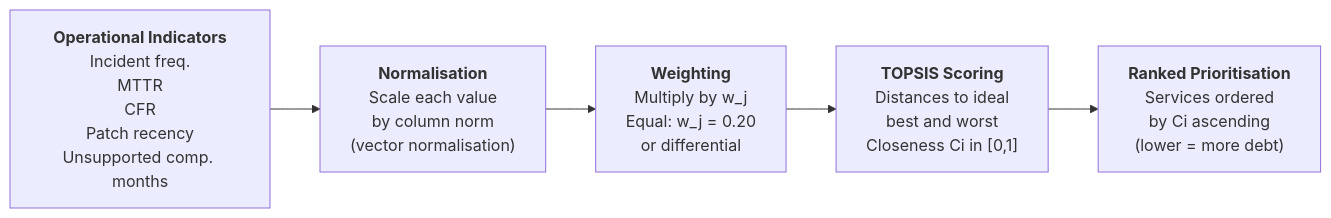
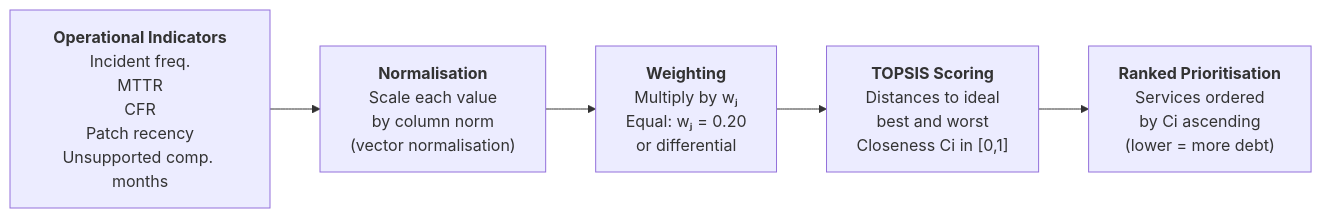
Before and after one commit to TobiZeier/MScProject: the second of 2 diagrams in quarto/chapters/3-methodology.qmd, drawn with Mermaid. The commit also changed other lines of this file and 5 other files, not shown here.

````diff
--- a/quarto/chapters/3-methodology.qmd
+++ b/quarto/chapters/3-methodology.qmd
@@ -136,12 +136,12 @@
 ```{mermaid}
 %%| label: fig-framework-pipeline
 %%| fig-cap: "Framework pipeline: from operational indicators to ranked prioritisation"
 %%| fig-width: 6.5
 
 flowchart LR
     A["<b>Operational Indicators</b><br/>Incident freq.<br/>MTTR<br/>CFR<br/>Patch recency<br/>Unsupported comp. months"]
     --> B["<b>Normalisation</b><br/>Scale each value<br/>by column norm<br/>(vector normalisation)"]
-    --> C["<b>Weighting</b><br/>Multiply by w_j<br/>Equal: w_j = 0.20<br/>or differential"]
+    --> C["<b>Weighting</b><br/>Multiply by wⱼ<br/>Equal: wⱼ = 0.20<br/>or differential"]
     --> D["<b>TOPSIS Scoring</b><br/>Distances to ideal<br/>best and worst<br/>Closeness Ci in [0,1]"]
     --> E["<b>Ranked Prioritisation</b><br/>Services ordered<br/>by Ci ascending<br/>(lower = more debt)"]
 ```
````
